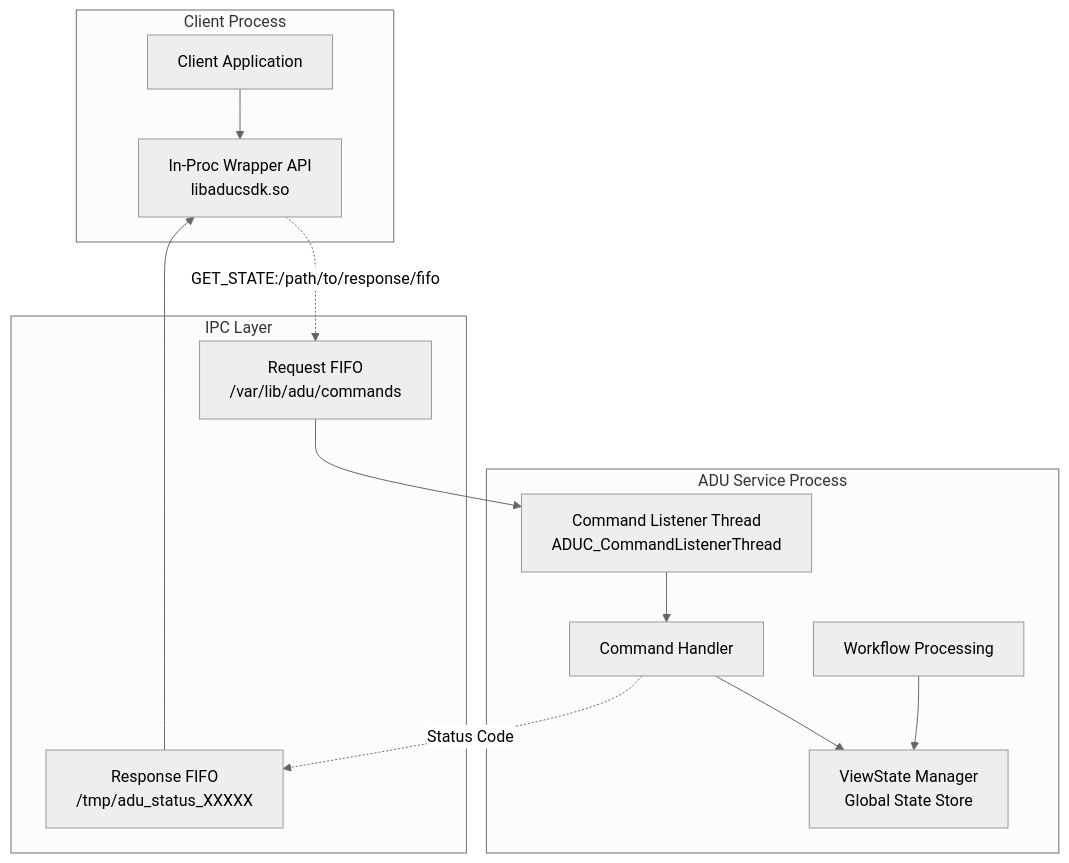
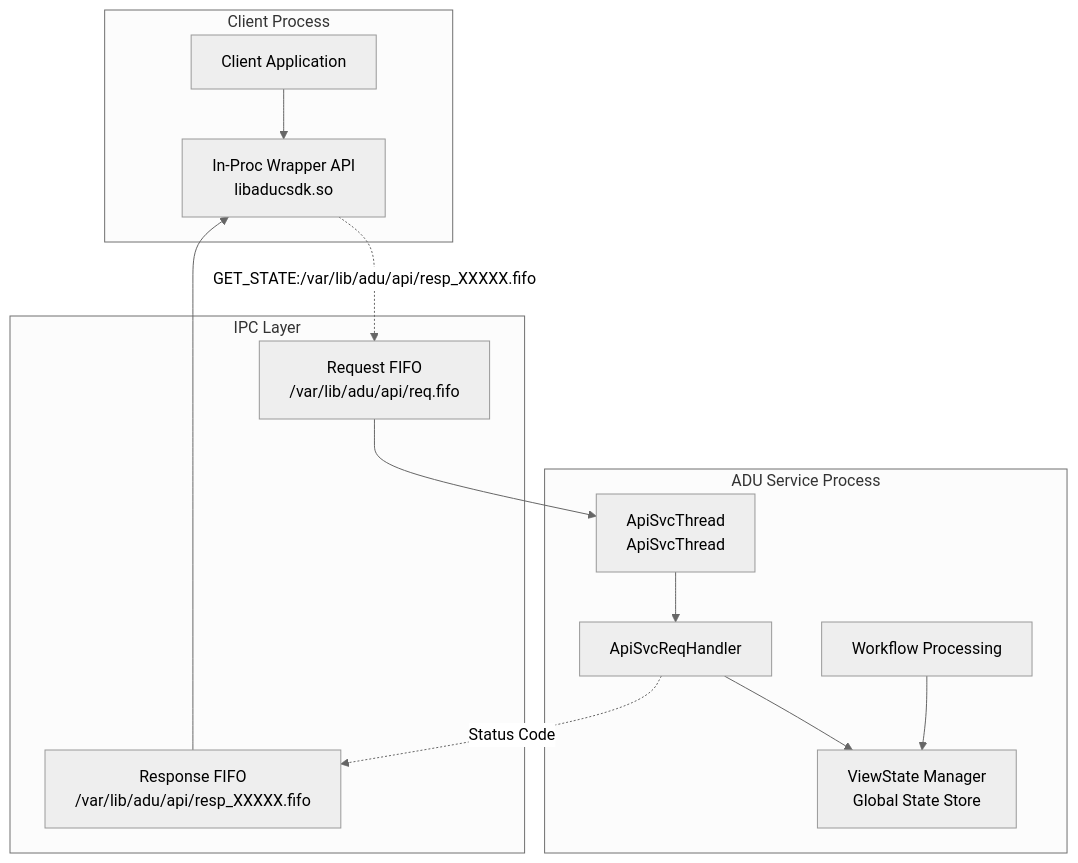
Before and after one commit to Azure/iot-hub-device-update: the third of 4 diagrams in docs/agent-reference/GetAduServiceStatus.md, drawn with Mermaid (neutral theme). The commit also changed other lines of this file and 7 other files, not shown here.

````diff
--- a/docs/agent-reference/GetAduServiceStatus.md
+++ b/docs/agent-reference/GetAduServiceStatus.md
@@ -264,31 +255,31 @@
 ```mermaid
 
 graph TB
     subgraph "Client Process"
         CA[Client Application]
         IW[In-Proc Wrapper API<br/>libaducsdk.so]
         CA --> IW
     end
 
     subgraph "ADU Service Process"
-        CL[Command Listener Thread<br/>ADUC_CommandListenerThread]
+        CL[ApiSvcThread<br/>ApiSvcThread]
         VSM[ViewState Manager<br/>Global State Store]
         WF[Workflow Processing]
-        CH[Command Handler]
+        CH[ApiSvcReqHandler]
 
         WF --> VSM
         CL --> CH
         CH --> VSM
     end
 
     subgraph "IPC Layer"
-        RF[Request FIFO<br/>/var/lib/adu/commands]
-        RSF[Response FIFO<br/>/tmp/adu_status_XXXXX]
+        RF[Request FIFO<br/>/var/lib/adu/api/req.fifo]
+        RSF[Response FIFO<br/>/var/lib/adu/api/resp_XXXXX.fifo]
     end
 
-    IW -.->|"GET_STATE:/path/to/response/fifo"| RF
+    IW -.->|"GET_STATE:/var/lib/adu/api/resp_XXXXX.fifo"| RF
     RF --> CL
     CH -.->|"Status Code"| RSF
     RSF --> IW
 
 ```
````
